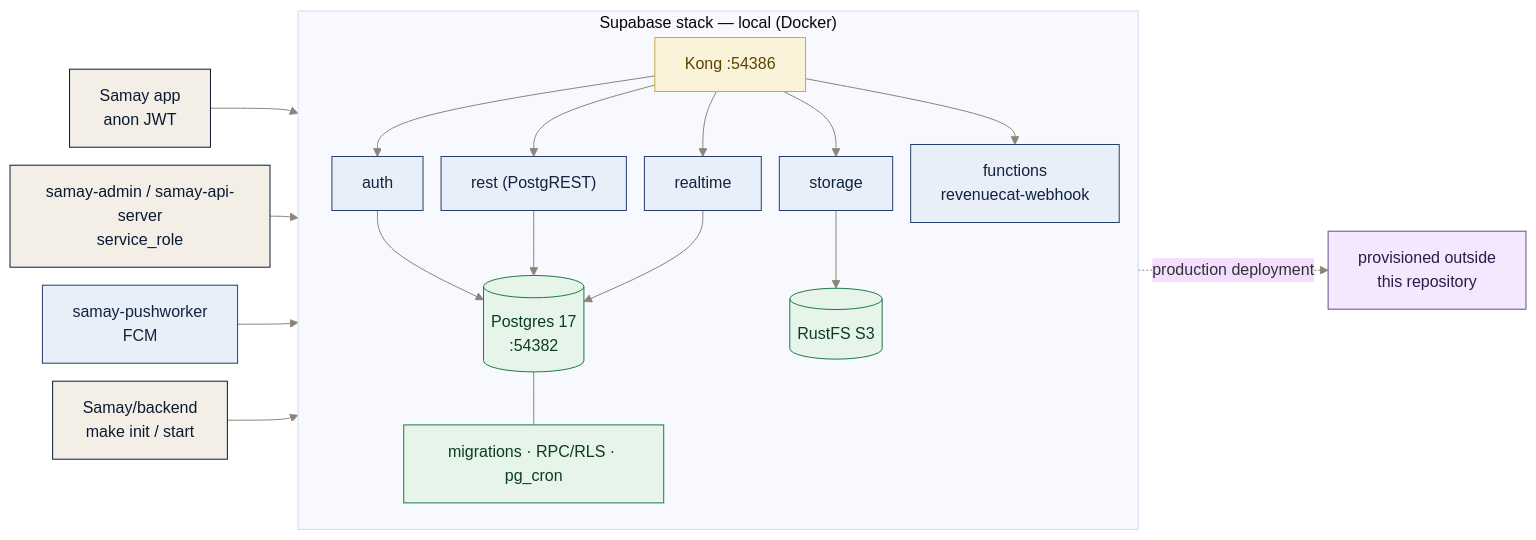
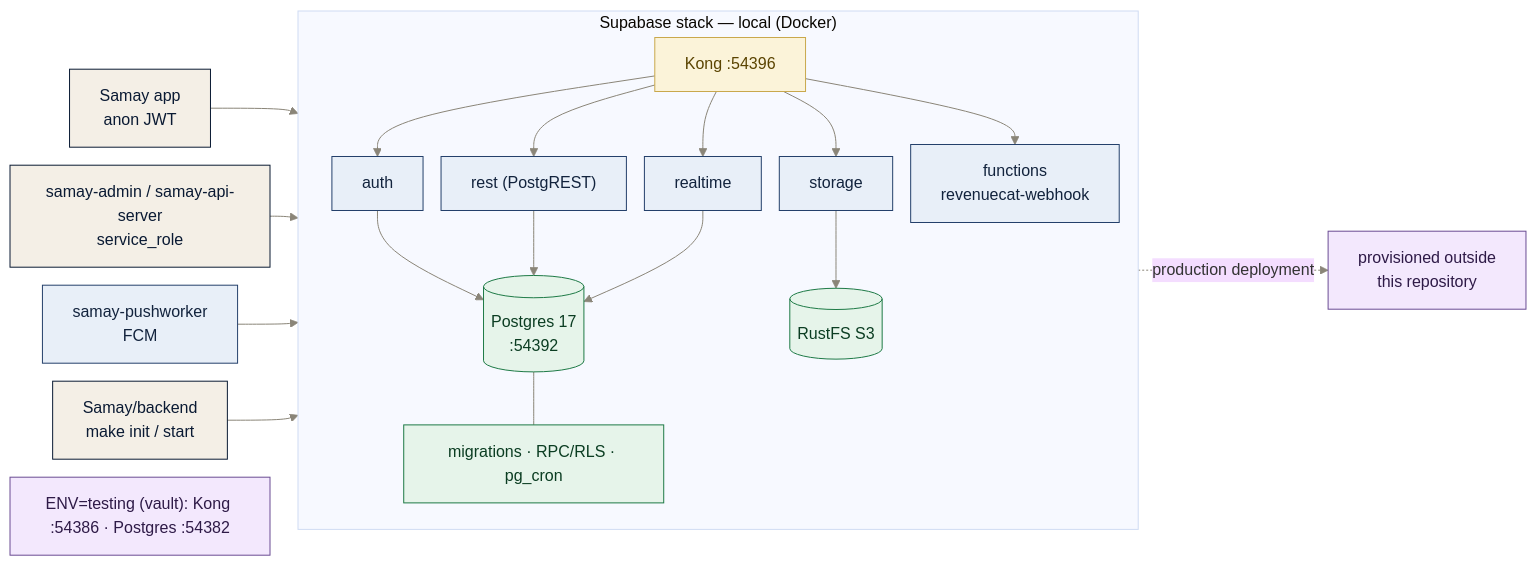
Before and after one commit to DaereanLegrand/samay-backend: the diagram in docs/diagrams/deployment.mmd, drawn with Mermaid (base theme). The commit also changed 46 other files, not shown here.

```diff
--- a/docs/diagrams/deployment.mmd
+++ b/docs/diagrams/deployment.mmd
@@ -1,35 +1,37 @@
 %%{init:{"flowchart":{"nodeSpacing":18,"rankSpacing":28}}}%%
 flowchart LR
   DEV["Samay/backend<br/>make init / start"] --> STACK
 
   subgraph STACK["Supabase stack — local (Docker)"]
     direction TB
-    KONG["Kong :54386"] --> AUTH["auth"]
+    KONG["Kong :54396"] --> AUTH["auth"]
     KONG --> REST["rest (PostgREST)"]
     KONG --> RT["realtime"]
     KONG --> STORAGE["storage"]
     KONG --> FN["functions<br/>revenuecat-webhook"]
-    AUTH --> PG[("Postgres 17<br/>:54382")]
+    AUTH --> PG[("Postgres 17<br/>:54392")]
     REST --> PG
     RT --> PG
     STORAGE --> S3[("RustFS S3")]
     PG --- MIG["migrations · RPC/RLS · pg_cron"]
   end
 
   APP["Samay app<br/>anon JWT"] --> KONG
   CLI["samay-admin / samay-api-server<br/>service_role"] --> KONG
   PUSH["samay-pushworker<br/>FCM"] --> PG
 
   STACK -. production deployment .-> EXT["provisioned outside<br/>this repository"]
+  TESTNOTE["ENV=testing (vault): Kong :54386 · Postgres :54382"]
 
   classDef app fill:#F4EFE6,stroke:#0A1A33,color:#0A1A33,stroke-width:1px;
   classDef gw fill:#FBF3D9,stroke:#C9A84C,color:#5A4300,stroke-width:1px;
   classDef svc fill:#E8EFF8,stroke:#24406B,color:#12233D,stroke-width:1px;
   classDef data fill:#E6F4EA,stroke:#1E7A46,color:#0B3D22,stroke-width:1px;
   classDef ext fill:#F3E8FD,stroke:#6A4C93,color:#2E1A47,stroke-width:1px;
   linkStyle default stroke:#8A8578,stroke-width:1px;
   class DEV,APP,CLI app;
   class KONG gw;
   class AUTH,REST,RT,STORAGE,FN,PUSH svc;
   class PG,S3,MIG data;
   class EXT ext;
+  class TESTNOTE ext;
```
